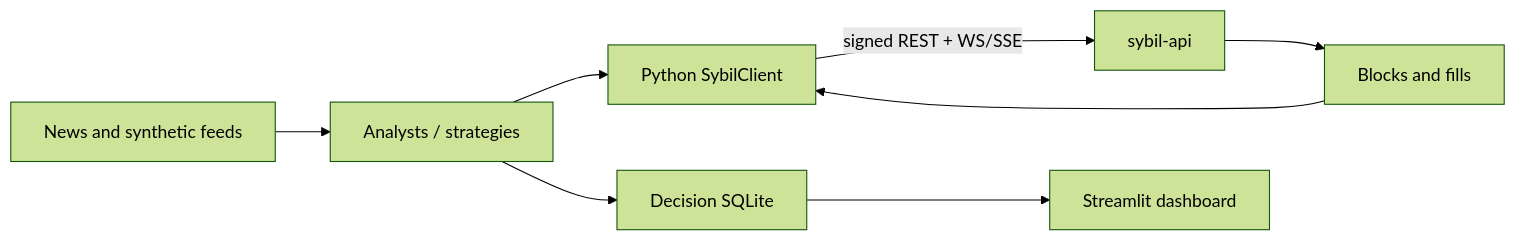
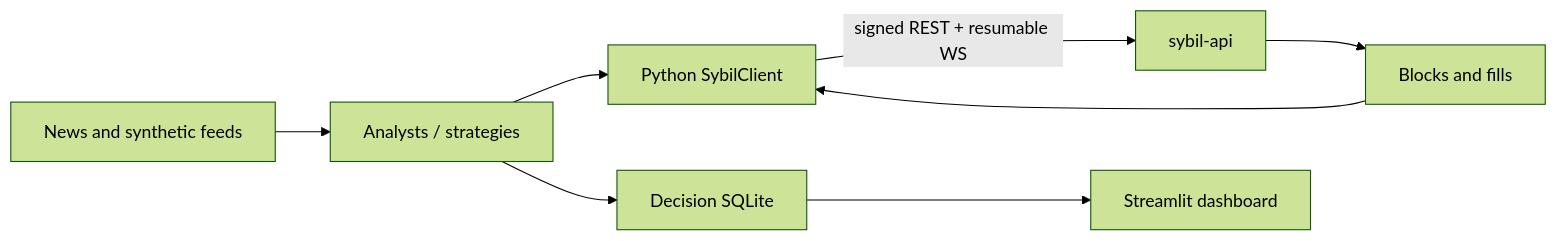
The diagram in arena/README.md (MetaB0y/sybil), drawn with Mermaid (forest theme) before and after one commit. The commit also changed 39 other files, not shown here.

Commit message:
refactor(api): retire public SSE after WS migration

````diff
--- a/arena/README.md
+++ b/arena/README.md
@@ -14,10 +14,10 @@
 ```mermaid
 flowchart LR
     NEWS["News and synthetic feeds"] --> ANALYST["Analysts / strategies"]
     ANALYST --> CLIENT["Python SybilClient"]
-    CLIENT -->|"signed REST + WS/SSE"| API["sybil-api"]
+    CLIENT -->|"signed REST + resumable WS"| API["sybil-api"]
     API --> BLOCKS["Blocks and fills"]
     BLOCKS --> CLIENT
     ANALYST --> DB["Decision SQLite"]
     DB --> DASH["Streamlit dashboard"]
 ```
````
